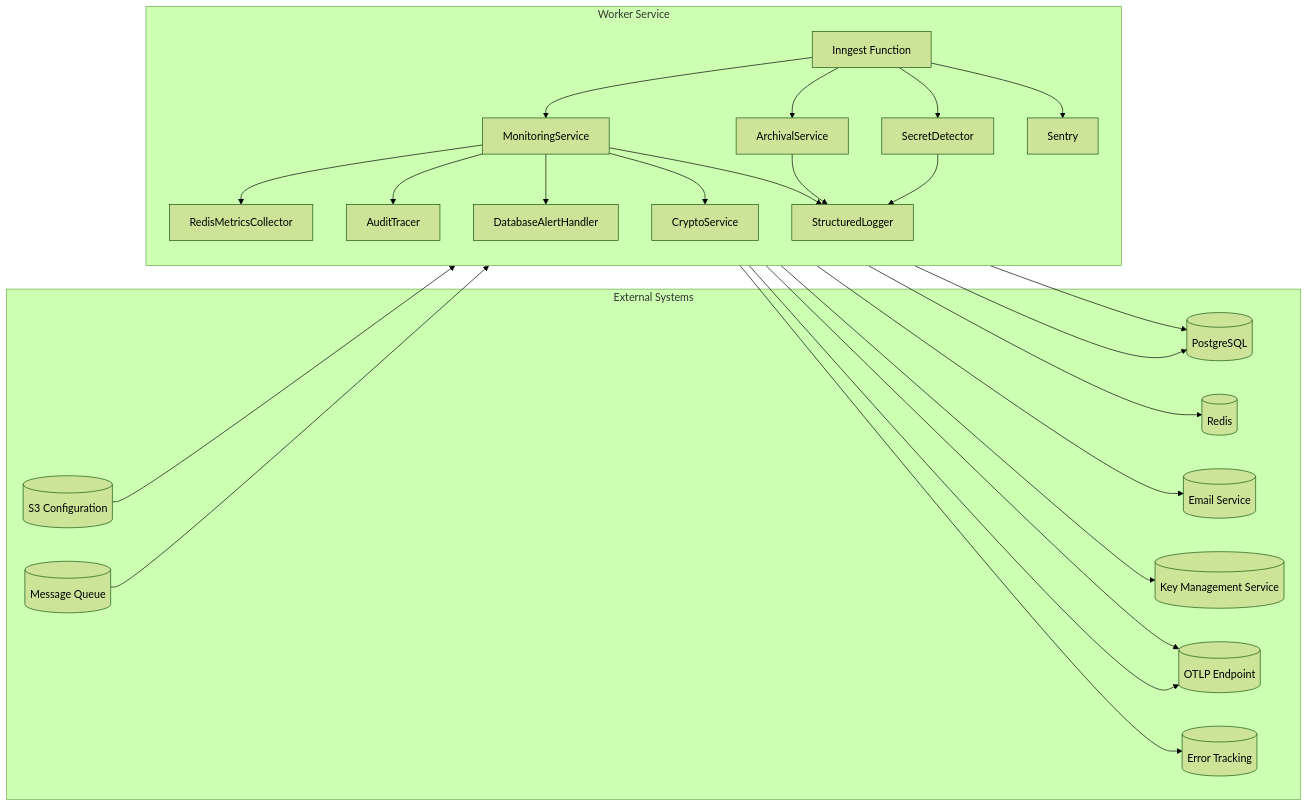
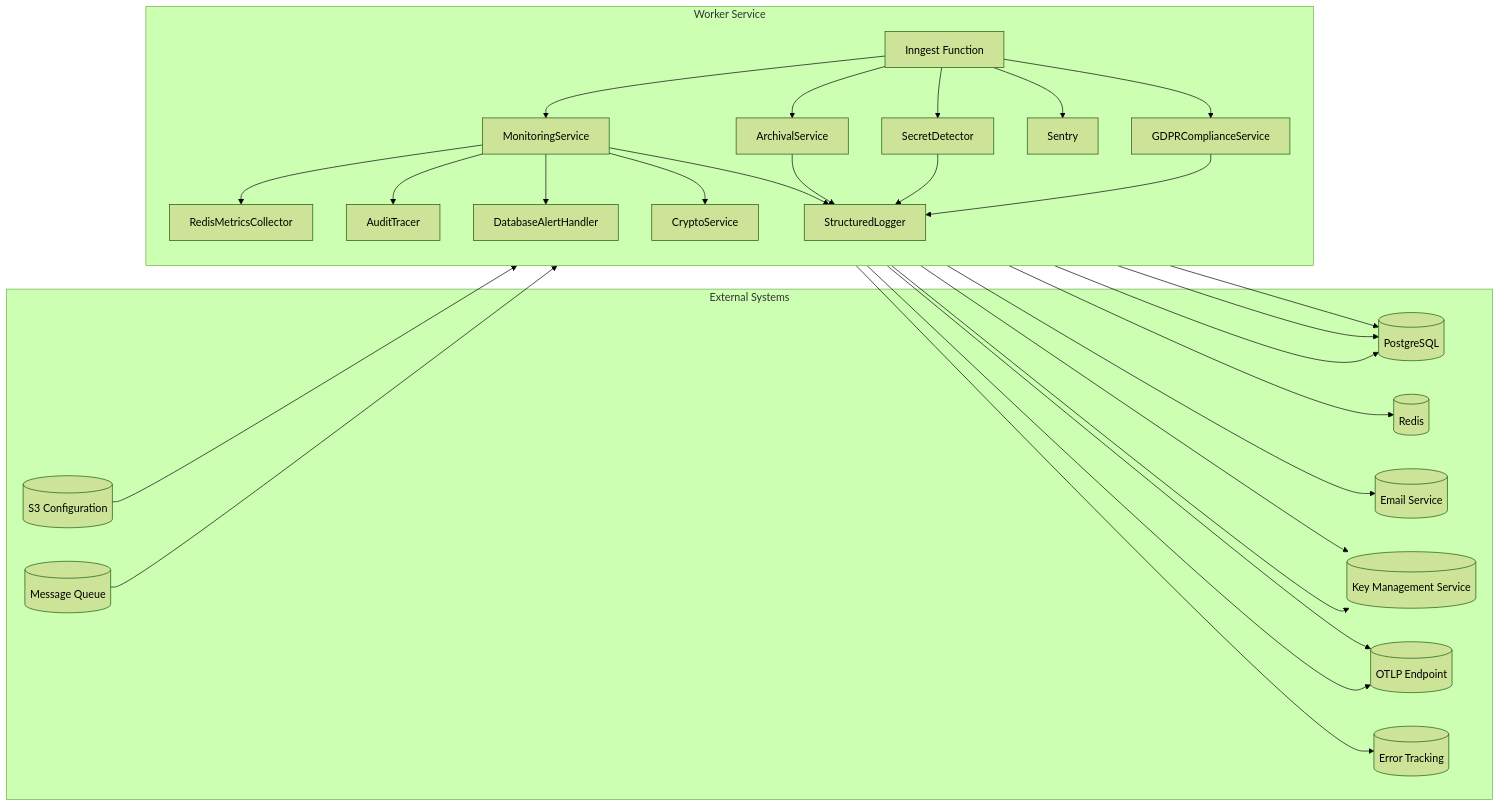
One commit to smedrec/smart-logs changed the second of 13 diagrams in .qoder/repowiki/en/content/Worker Service.md. Above: the diagram before and after it, drawn with Mermaid (forest theme). The commit also changed other lines of this file and 27 other files, not shown here.

````diff
--- a/.qoder/repowiki/en/content/Worker Service.md
+++ b/.qoder/repowiki/en/content/Worker Service.md
@@ -125,47 +141,52 @@
 ```mermaid
 graph LR
 subgraph "External Systems"
 MQ[(Message Queue)]
 DB[(PostgreSQL)]
 Cache[(Redis)]
 SMTP[(Email Service)]
 KMS[(Key Management Service)]
 OTLP[(OTLP Endpoint)]
 S3[(S3 Configuration)]
 Sentry[(Error Tracking)]
 end
 subgraph "Worker Service"
 direction TB
 Inngest[Inngest Function]
 Monitor[MonitoringService]
 Metrics[RedisMetricsCollector]
 Tracer[AuditTracer]
 Alerts[DatabaseAlertHandler]
 Crypto[CryptoService]
 Logger[StructuredLogger]
 Archival[ArchivalService]
 SecretDetector[SecretDetector]
 SentryClient[Sentry]
+GDPR[GDPRComplianceService]
 end
 S3 --> Inngest
 MQ --> Inngest
 Inngest --> Monitor
 Monitor --> Metrics
 Monitor --> Tracer
 Monitor --> Alerts
 Monitor --> Crypto
 Monitor --> Logger
 Crypto --> KMS
 Alerts --> DB
 Metrics --> Cache
 Monitor --> SMTP
 Tracer --> OTLP
 Logger --> OTLP
 Inngest --> Archival
 Archival --> DB
 Archival --> Logger
 Inngest --> SecretDetector
 SecretDetector --> Logger
 Inngest --> SentryClient
 SentryClient --> Sentry
+Inngest --> GDPR
+GDPR --> DB
+GDPR --> KMS
+GDPR --> Logger
 ```
````
